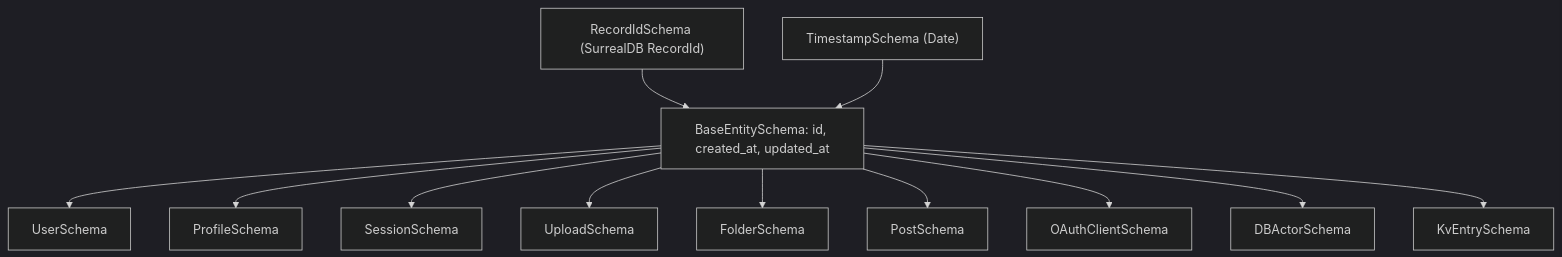
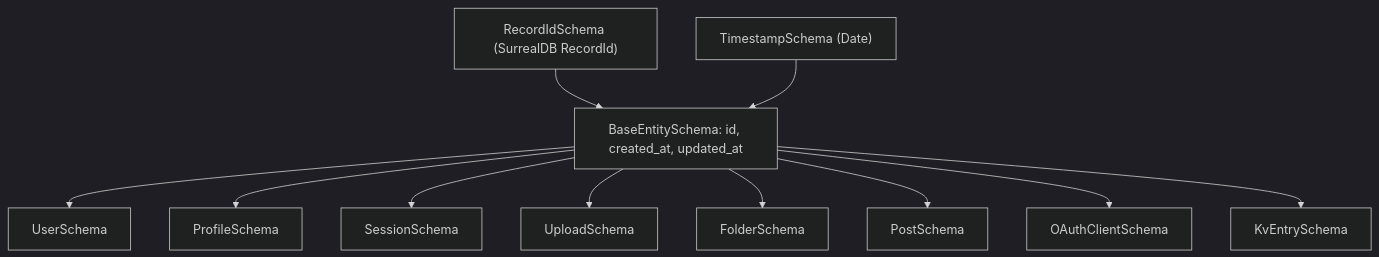
The diagram in apps/docs/app/src/routes/reference/types/+page.md (syr-is/syr), drawn with Mermaid (dark theme) before and after one commit. The commit also changed other lines of this file and 67 other files, not shown here.

````diff
--- a/apps/docs/app/src/routes/reference/types/+page.md
+++ b/apps/docs/app/src/routes/reference/types/+page.md
@@ -20,14 +20,13 @@
 ```mermaid
 flowchart TD
     RecordIdSchema["RecordIdSchema (SurrealDB RecordId)"] --> BaseEntity
     TimestampSchema["TimestampSchema (Date)"] --> BaseEntity
     BaseEntity["BaseEntitySchema: id, created_at, updated_at"] --> UserSchema
     BaseEntity --> ProfileSchema
     BaseEntity --> SessionSchema
     BaseEntity --> UploadSchema
     BaseEntity --> FolderSchema
     BaseEntity --> PostSchema
     BaseEntity --> OAuthClientSchema
-    BaseEntity --> DBActorSchema
     BaseEntity --> KvEntrySchema
 ```
````
